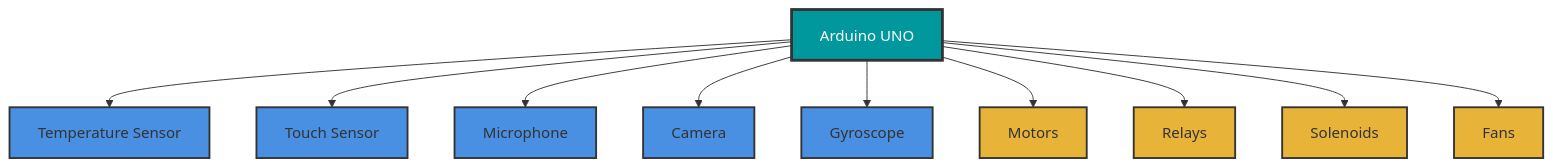
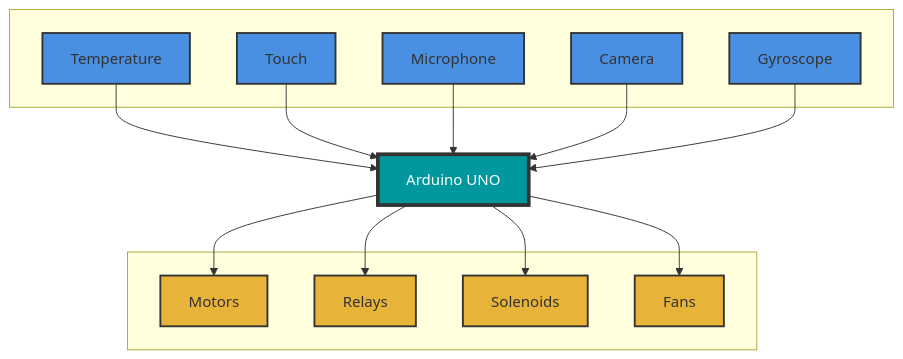
One commit to asimzulfiqar/asimzulfiqar.github.io changed the diagram in _posts/2026-02-02-Meditation-and-IoT-device.md. Above: the diagram before and after it, drawn with Mermaid. The commit also changed other lines of this file, not shown here.

Commit message:
blog fixed.

````diff
--- a/_posts/2026-02-02-Meditation-and-IoT-device.md
+++ b/_posts/2026-02-02-Meditation-and-IoT-device.md
@@ -31,23 +31,41 @@
 ```mermaid
 graph TD
-    A[Arduino UNO] --> B[Temperature Sensor]
-    A --> C[Touch Sensor]
-    A --> D[Microphone]
-    A --> E[Camera]
-    A --> F[Gyroscope]
-    A --> G[Motors]
-    A --> H[Relays]
-    A --> I[Solenoids]
-    A --> J[Fans]
+    A[Arduino UNO]
     
-    style A fill:#00979D,stroke:#333,stroke-width:3px,color:#fff
+    subgraph Inputs[" "]
+        B[Temperature]
+        C[Touch]
+        D[Microphone]
+        E[Camera]
+        F[Gyroscope]
+    end
+    
+    subgraph Outputs[" "]
+        G[Motors]
+        H[Relays]
+        I[Solenoids]
+        J[Fans]
+    end
+    
+    B --> A
+    C --> A
+    D --> A
+    E --> A
+    F --> A
+    
+    A --> G
+    A --> H
+    A --> I
+    A --> J
+    
+    style A fill:#00979D,stroke:#333,stroke-width:4px,color:#fff
     style B fill:#4A90E2,stroke:#333,stroke-width:2px
     style C fill:#4A90E2,stroke:#333,stroke-width:2px
     style D fill:#4A90E2,stroke:#333,stroke-width:2px
     style E fill:#4A90E2,stroke:#333,stroke-width:2px
     style F fill:#4A90E2,stroke:#333,stroke-width:2px
     style G fill:#E8B339,stroke:#333,stroke-width:2px
     style H fill:#E8B339,stroke:#333,stroke-width:2px
     style I fill:#E8B339,stroke:#333,stroke-width:2px
     style J fill:#E8B339,stroke:#333,stroke-width:2px
 ```
````
